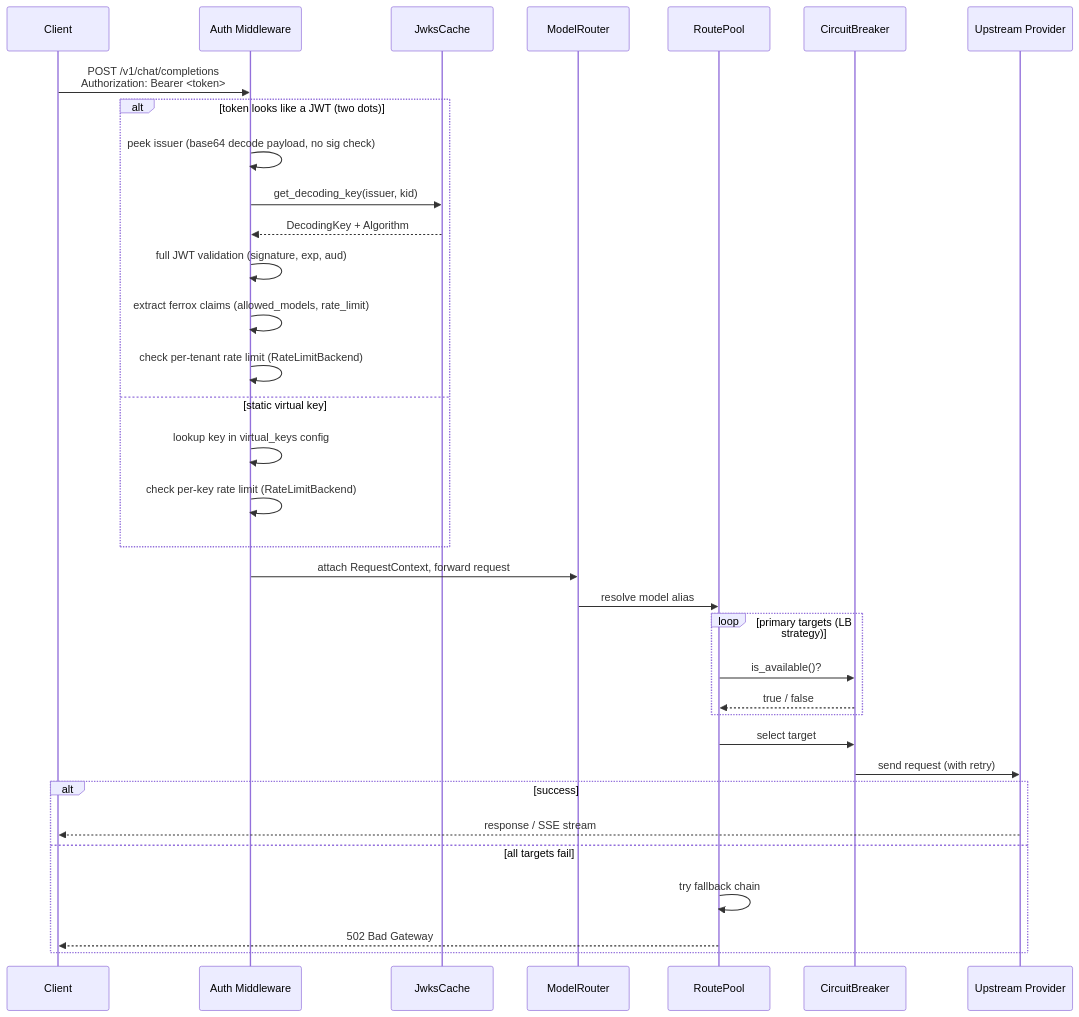
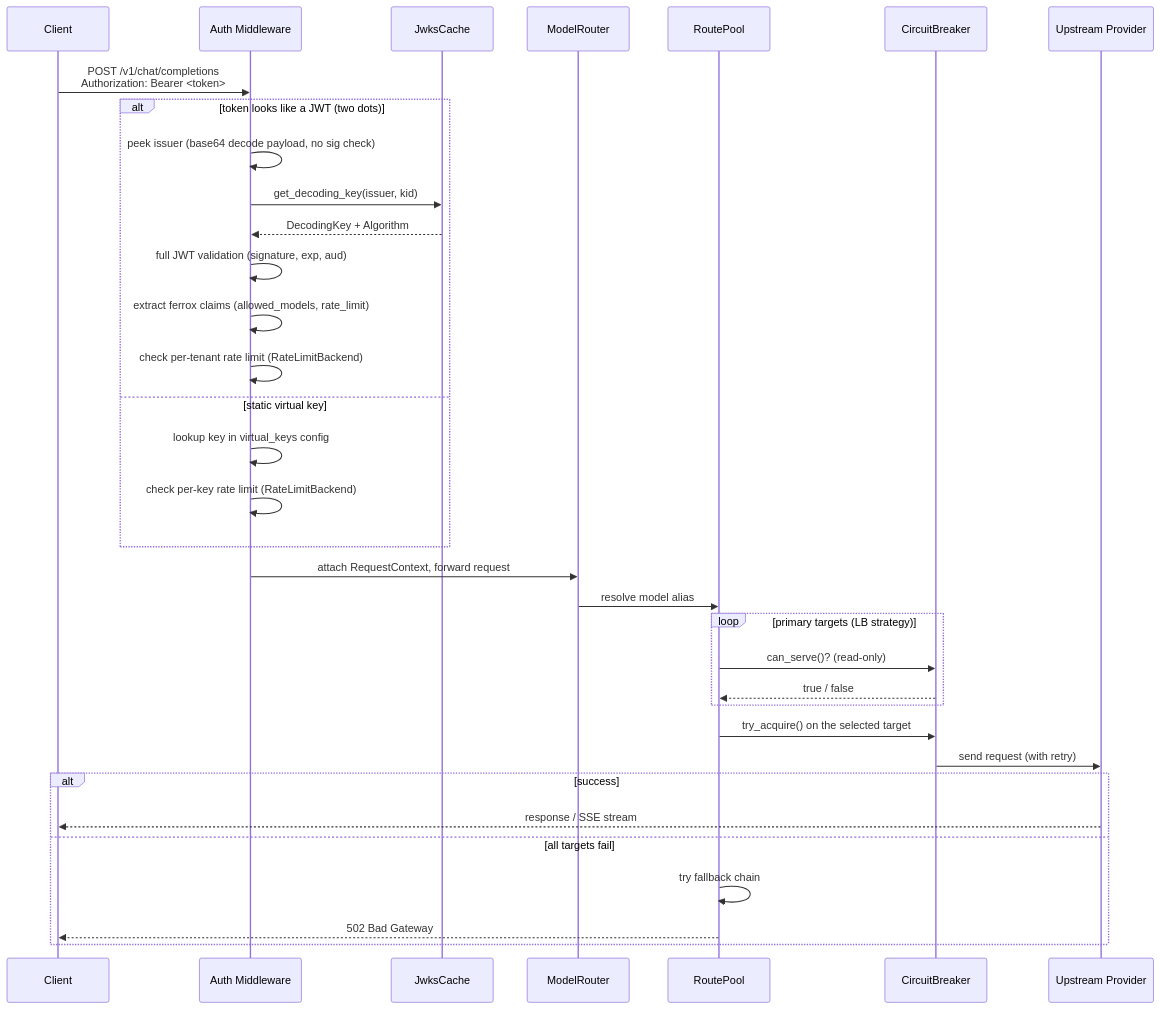
Before and after one commit to shaharia-lab/ferrox: the second of 5 diagrams in docs/developer/architecture.md, drawn with Mermaid. The commit also changed other lines of this file and 7 other files, not shown here.

First line of the commit message:
fix(lb): stop select_target leaking half-open probe slots (#188) (#199)

````diff
--- a/docs/developer/architecture.md
+++ b/docs/developer/architecture.md
@@ -276,43 +276,43 @@
 ```mermaid
 sequenceDiagram
     participant C as Client
     participant A as Auth Middleware
     participant JWKS as JwksCache
     participant R as ModelRouter
     participant P as RoutePool
     participant CB as CircuitBreaker
     participant Up as Upstream Provider
 
     C->>A: POST /v1/chat/completions<br/>Authorization: Bearer <token>
 
     alt token looks like a JWT (two dots)
         A->>A: peek issuer (base64 decode payload, no sig check)
         A->>JWKS: get_decoding_key(issuer, kid)
         JWKS-->>A: DecodingKey + Algorithm
         A->>A: full JWT validation (signature, exp, aud)
         A->>A: extract ferrox claims (allowed_models, rate_limit)
         A->>A: check per-tenant rate limit (RateLimitBackend)
     else static virtual key
         A->>A: lookup key in virtual_keys config
         A->>A: check per-key rate limit (RateLimitBackend)
     end
 
     A->>R: attach RequestContext, forward request
 
     R->>P: resolve model alias
 
     loop primary targets (LB strategy)
-        P->>CB: is_available()?
+        P->>CB: can_serve()? (read-only)
         CB-->>P: true / false
     end
 
-    P->>CB: select target
+    P->>CB: try_acquire() on the selected target
     CB->>Up: send request (with retry)
 
     alt success
         Up-->>C: response / SSE stream
     else all targets fail
         P->>P: try fallback chain
         P-->>C: 502 Bad Gateway
     end
 ```
````
